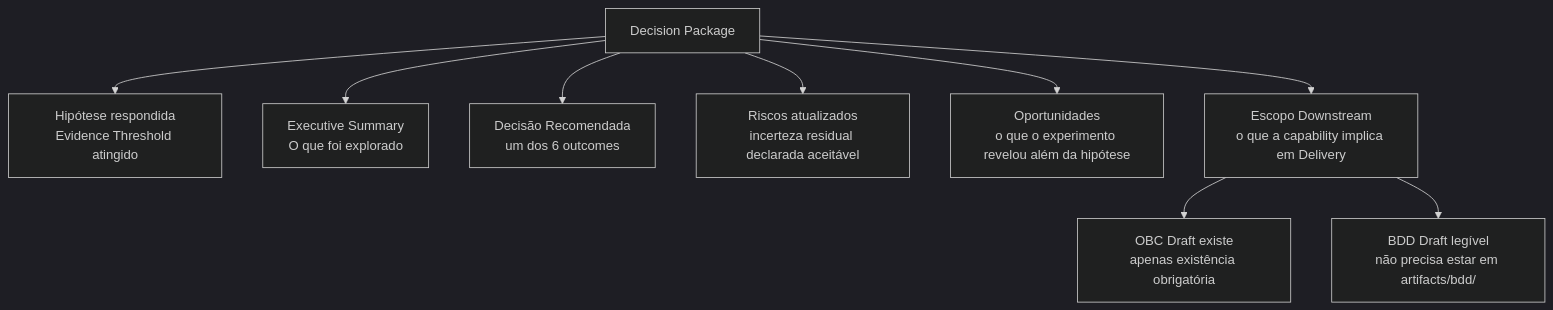
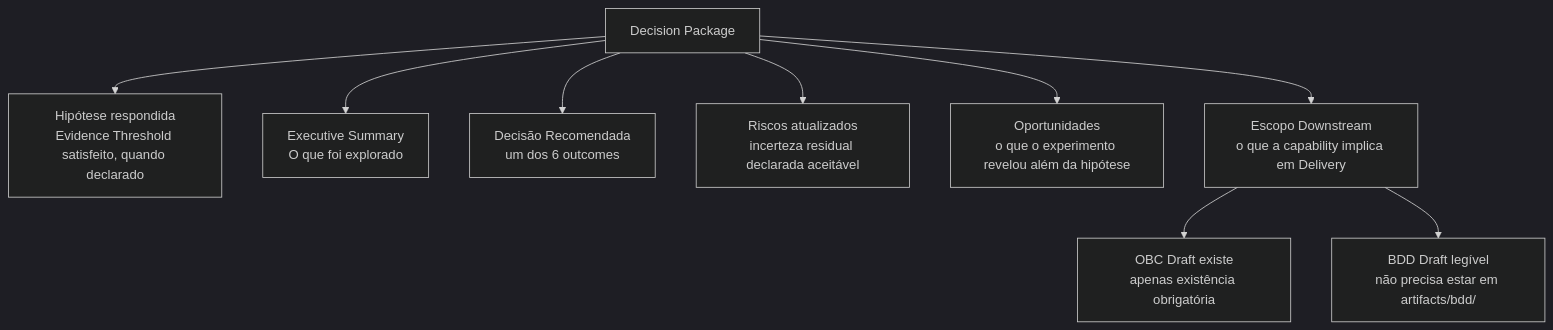
One commit to produtoreativo/from-intent-to-outcome changed the diagram in capitulo-07.md. Above: the diagram before and after it, drawn with Mermaid (dark theme). The commit also changed other lines of this file and 5 other files, not shown here.

````diff
--- a/capitulo-07.md
+++ b/capitulo-07.md
@@ -58,11 +58,11 @@
 ```mermaid
 graph TD
-    DP["Decision Package"] --> H["Hipótese respondida\nEvidence Threshold atingido"]
+    DP["Decision Package"] --> H["Hipótese respondida\nEvidence Threshold satisfeito, quando declarado"]
     DP --> ES["Executive Summary\nO que foi explorado"]
     DP --> REC["Decisão Recomendada\num dos 6 outcomes"]
     DP --> RSK["Riscos atualizados\nincerteza residual declarada aceitável"]
     DP --> OPP["Oportunidades\no que o experimento revelou além da hipótese"]
     DP --> DS["Escopo Downstream\no que a capability implica em Delivery"]
     DS --> OBC_D["OBC Draft existe\napenas existência obrigatória"]
     DS --> BDD_D["BDD Draft legível\nnão precisa estar em artifacts/bdd/"]
 ```
````
